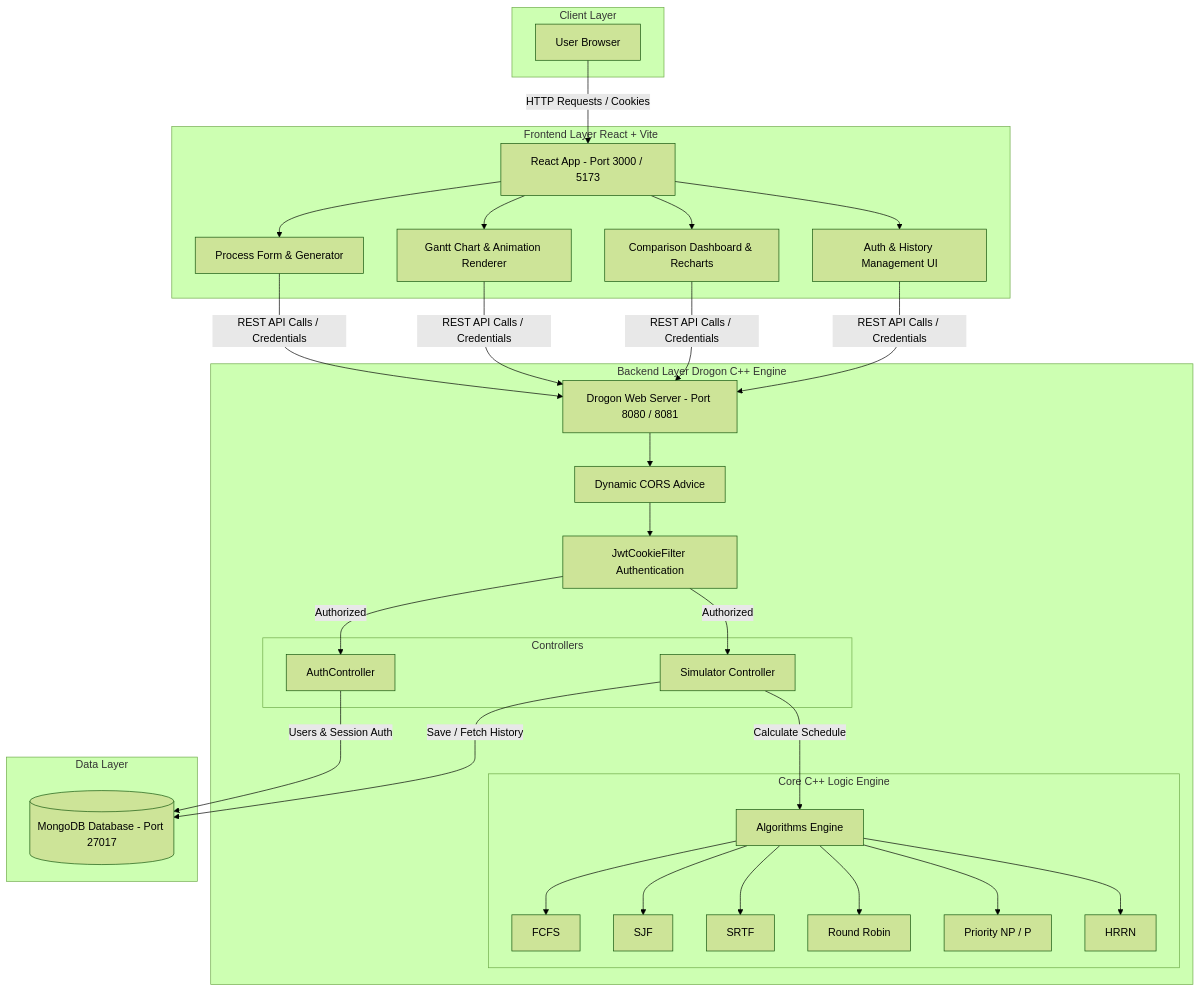
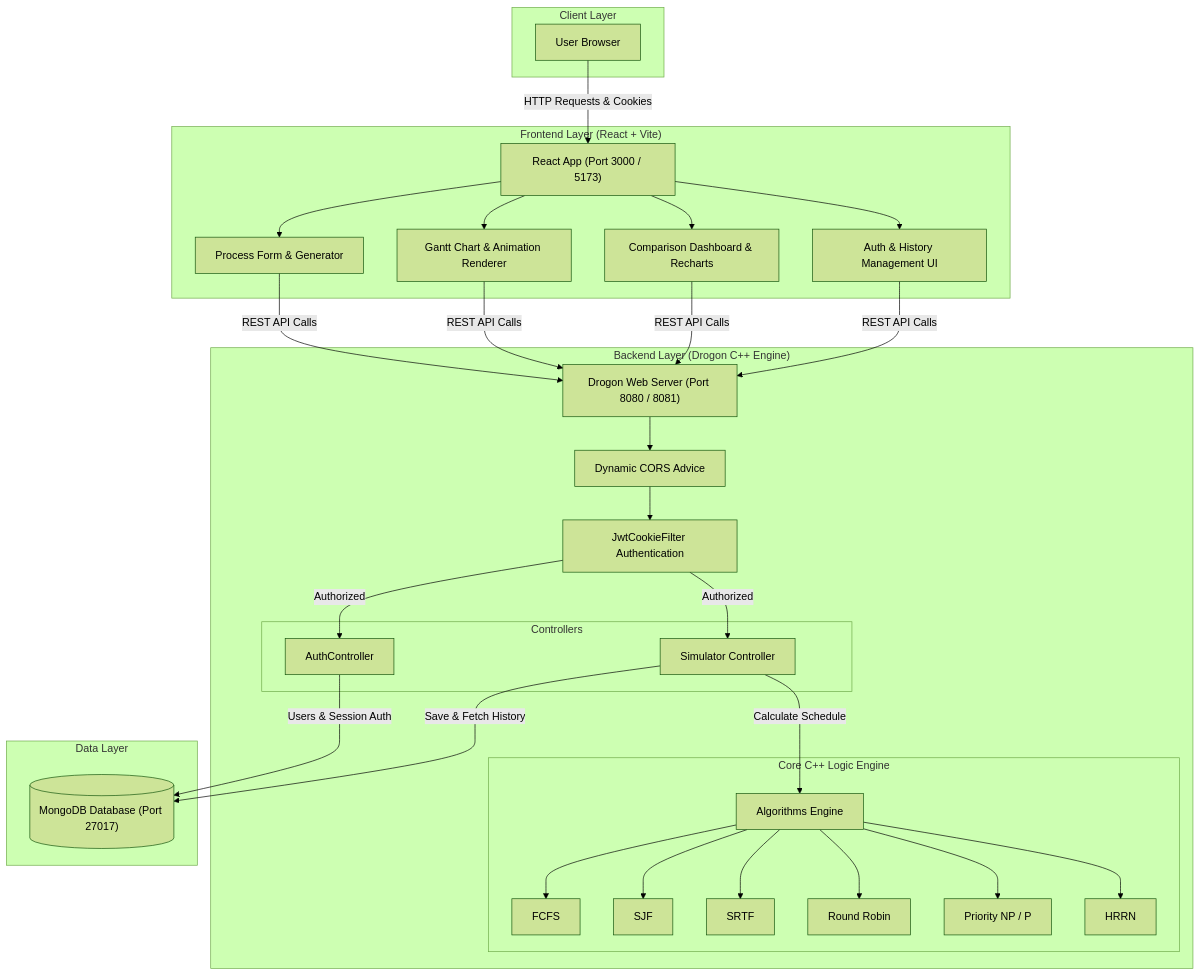
The first of 4 diagrams in README.md (KunalTechs/Cpu-Scheduling-Visualizer), drawn with Mermaid (forest theme) before and after one commit. The commit also changed other lines of this file, not shown here.

Commit message:
feat:- update the Readme file

````diff
--- a/README.md
+++ b/README.md
@@ -47,49 +47,49 @@
 ```mermaid
 graph TD
     subgraph Client Layer
-        A[User Browser]
+        A["User Browser"]
     end
 
-    subgraph Frontend Layer React + Vite
-        B[React App - Port 3000 / 5173]
-        C[Process Form & Generator]
-        D[Gantt Chart & Animation Renderer]
-        E[Comparison Dashboard & Recharts]
-        F[Auth & History Management UI]
+    subgraph Frontend Layer ["Frontend Layer (React + Vite)"]
+        B["React App (Port 3000 / 5173)"]
+        C["Process Form & Generator"]
+        D["Gantt Chart & Animation Renderer"]
+        E["Comparison Dashboard & Recharts"]
+        F["Auth & History Management UI"]
     end
 
-    subgraph Backend Layer Drogon C++ Engine
-        G[Drogon Web Server - Port 8080 / 8081]
-        H[Dynamic CORS Advice]
-        I[JwtCookieFilter Authentication]
+    subgraph Backend Layer ["Backend Layer (Drogon C++ Engine)"]
+        G["Drogon Web Server (Port 8080 / 8081)"]
+        H["Dynamic CORS Advice"]
+        I["JwtCookieFilter Authentication"]
         
         subgraph Controllers
-            J[AuthController]
-            K[Simulator Controller]
+            J["AuthController"]
+            K["Simulator Controller"]
         end
 
-        subgraph Core C++ Logic Engine
-            L[Algorithms Engine]
-            L1[FCFS]
-            L2[SJF]
-            L3[SRTF]
-            L4[Round Robin]
-            L5[Priority NP / P]
-            L6[HRRN]
+        subgraph Core Logic ["Core C++ Logic Engine"]
+            L["Algorithms Engine"]
+            L1["FCFS"]
+            L2["SJF"]
+            L3["SRTF"]
+            L4["Round Robin"]
+            L5["Priority NP / P"]
+            L6["HRRN"]
         end
     end
 
     subgraph Data Layer
-        M[(MongoDB Database - Port 27017)]
+        M[("MongoDB Database (Port 27017)")]
     end
 
-    A -->|HTTP Requests / Cookies| B
+    A -->|HTTP Requests & Cookies| B
     B --> C & D & E & F
-    C & D & E & F -->|REST API Calls / Credentials| G
+    C & D & E & F -->|REST API Calls| G
     G --> H --> I
     I -->|Authorized| J & K
     J -->|Users & Session Auth| M
     K -->|Calculate Schedule| L
     L --> L1 & L2 & L3 & L4 & L5 & L6
-    K -->|Save / Fetch History| M
+    K -->|Save & Fetch History| M
 ```
````
